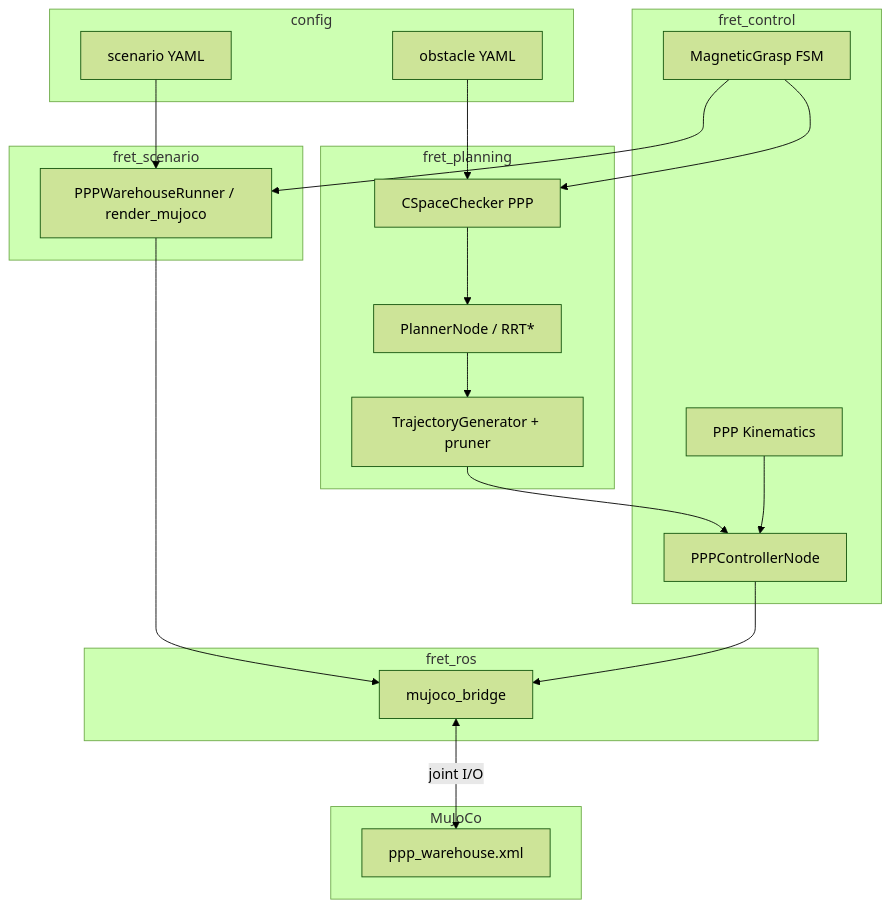
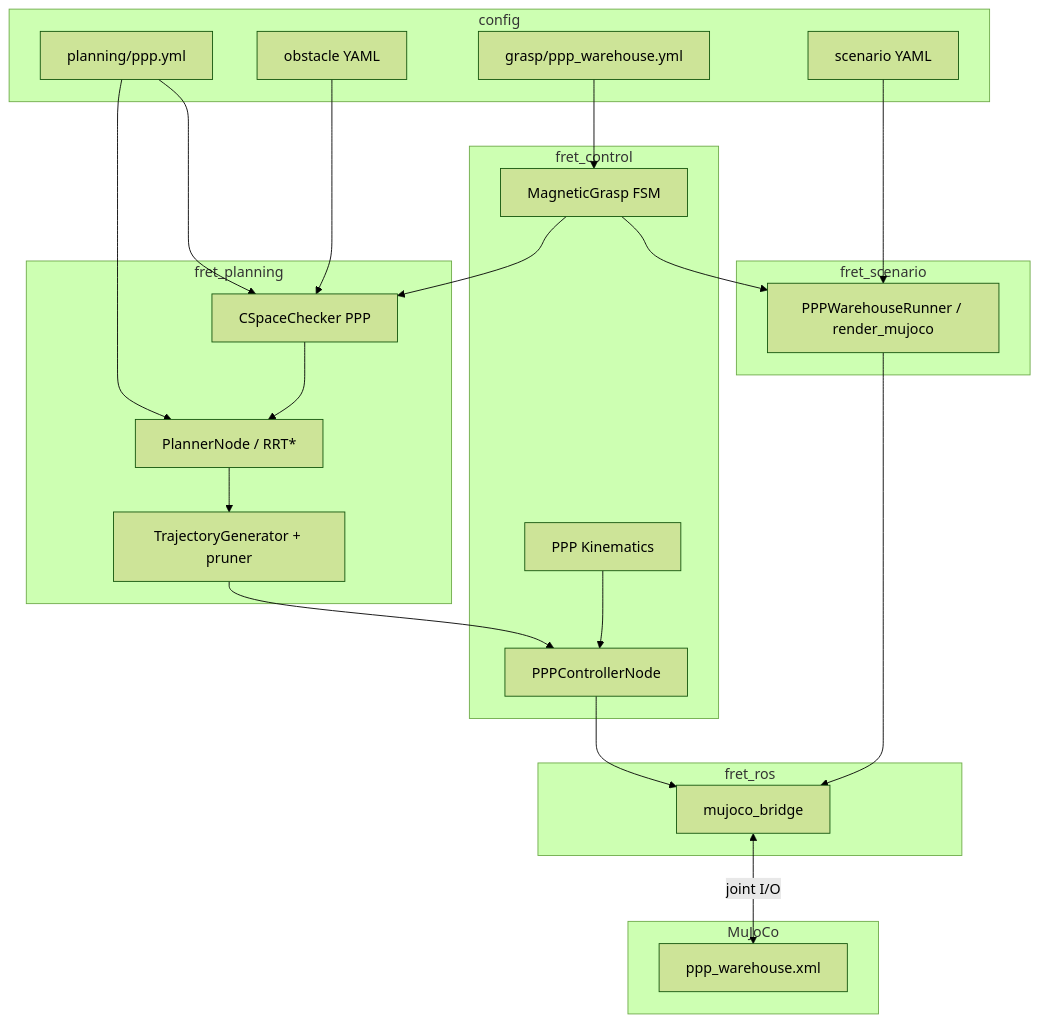
The first of 2 diagrams in README.md (alexandrelheinen/fret), drawn with Mermaid (forest theme) before and after one commit. The commit also changed other lines of this file and 49 other files, not shown here.

````diff
--- a/README.md
+++ b/README.md
@@ -101,42 +161,47 @@
 ```mermaid
 flowchart TB
     subgraph config
         SY[scenario YAML]
+        PL[planning/ppp.yml]
+        GY[grasp/ppp_warehouse.yml]
         OY[obstacle YAML]
     end
 
     subgraph fret_scenario
         RUN[PPPWarehouseRunner / render_mujoco]
     end
 
     subgraph fret_planning
         PN[PlannerNode / RRT*]
         CC[CSpaceChecker PPP]
         TG[TrajectoryGenerator + pruner]
     end
 
     subgraph fret_control
         KN[PPP Kinematics]
         GR[MagneticGrasp FSM]
         CN[PPPControllerNode]
     end
 
     subgraph fret_ros
         MB[mujoco_bridge]
     end
 
     subgraph MuJoCo
         MJ[ppp_warehouse.xml]
     end
 
     SY --> RUN
+    PL --> PN
+    PL --> CC
+    GY --> GR
     OY --> CC
     CC --> PN
     PN --> TG --> CN
     KN --> CN
     GR --> CC
     GR --> RUN
     CN --> MB
     MB <-->|joint I/O| MJ
     RUN --> MB
 ```
````
